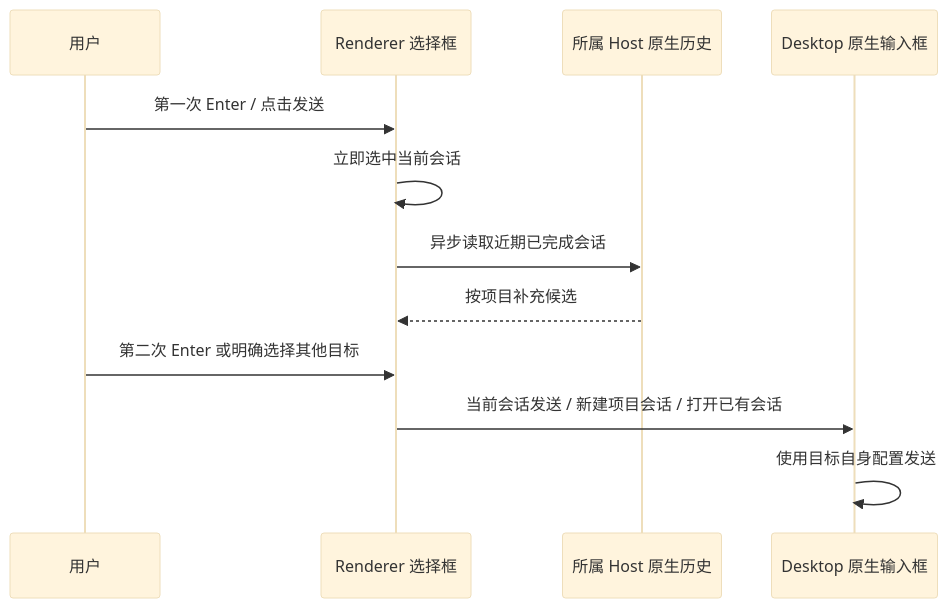
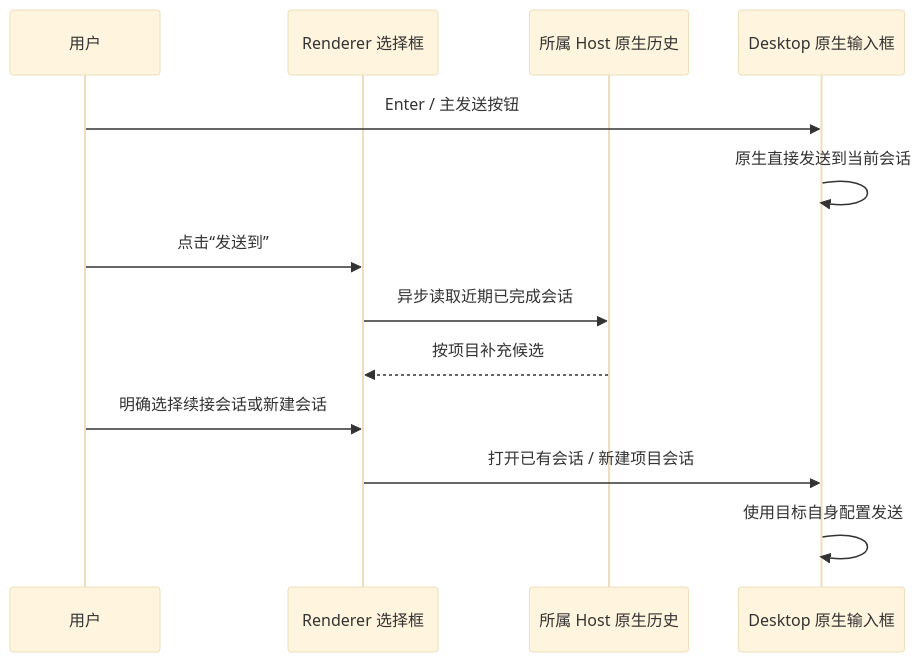
The diagram in docs/product/buddy-auto-router.md (zjarlin/codex-buddy), drawn with Mermaid (base theme) before and after one commit. The commit also changed other lines of this file and 40 other files, not shown here.

````diff
--- a/docs/product/buddy-auto-router.md
+++ b/docs/product/buddy-auto-router.md
@@ -237,14 +236,15 @@
 ```mermaid
 sequenceDiagram
     participant U as 用户
     participant R as Renderer 选择框
     participant H as 所属 Host 原生历史
     participant D as Desktop 原生输入框
-    U->>R: 第一次 Enter / 点击发送
-    R->>R: 立即选中当前会话
+    U->>D: Enter / 主发送按钮
+    D->>D: 原生直接发送到当前会话
+    U->>R: 点击“发送到”
     R->>H: 异步读取近期已完成会话
     H-->>R: 按项目补充候选
-    U->>R: 第二次 Enter 或明确选择其他目标
-    R->>D: 当前会话发送 / 新建项目会话 / 打开已有会话
+    U->>R: 明确选择续接会话或新建会话
+    R->>D: 打开已有会话 / 新建项目会话
     D->>D: 使用目标自身配置发送
 ```
````
